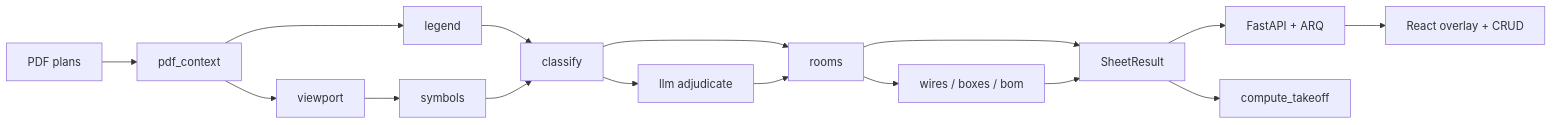
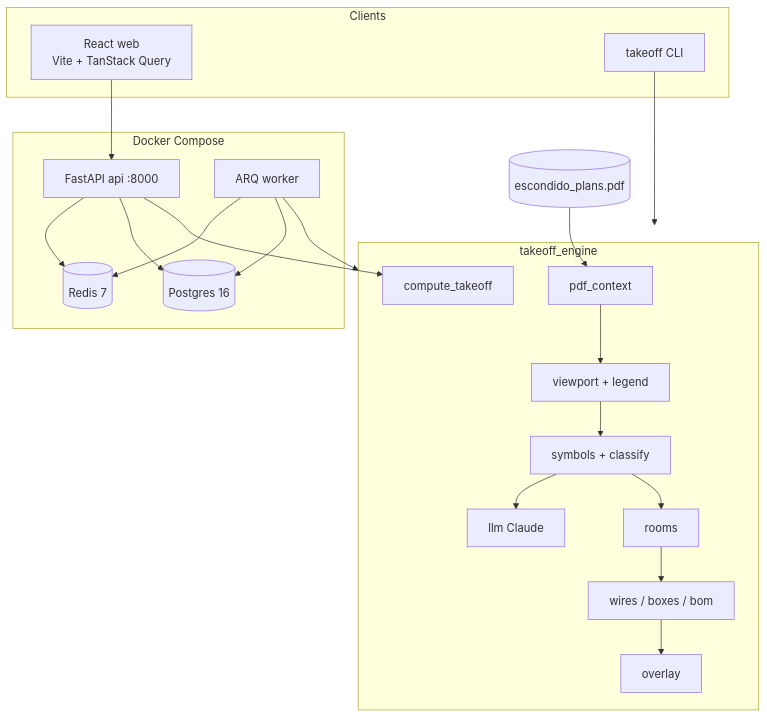
One commit to sangonzzz/ai-electrical-takeoff changed the first of 2 diagrams in docs/architecture.md. Above: the diagram before and after it, drawn with Mermaid. The commit also changed other lines of this file and 18 other files, not shown here.

````diff
--- a/docs/architecture.md
+++ b/docs/architecture.md
@@ -5,18 +8,39 @@
 ```mermaid
-flowchart LR
-  PDF[PDF plans] --> PC[pdf_context]
-  PC --> VP[viewport]
-  PC --> LG[legend]
-  VP --> SY[symbols]
-  LG --> CL[classify]
-  SY --> CL
-  CL --> LLM[llm adjudicate]
-  CL --> RM[rooms]
-  LLM --> RM
-  RM --> BOM[wires / boxes / bom]
-  RM --> SR[SheetResult]
-  BOM --> SR
-  SR --> API[FastAPI + ARQ]
-  API --> WEB[React overlay + CRUD]
-  SR --> TO[compute_takeoff]
+flowchart TB
+  subgraph clients [Clients]
+    WEB[React web<br/>Vite + TanStack Query]
+    CLI[takeoff CLI]
+  end
+
+  subgraph compose [Docker Compose]
+    API[FastAPI api :8000]
+    WRK[ARQ worker]
+    DB[(Postgres 16)]
+    REDIS[(Redis 7)]
+  end
+
+  subgraph engine [takeoff_engine]
+    PC[pdf_context]
+    VP[viewport + legend]
+    SY[symbols + classify]
+    RM[rooms]
+    LLM[llm Claude]
+    BOM[wires / boxes / bom]
+    TO[compute_takeoff]
+    OV[overlay]
+  end
+
+  PDF[(escondido_plans.pdf)]
+  WEB --> API
+  CLI --> engine
+  API --> REDIS
+  WRK --> REDIS
+  API --> DB
+  WRK --> DB
+  WRK --> engine
+  API --> TO
+  PDF --> PC
+  PC --> VP --> SY --> LLM
+  SY --> RM --> BOM
+  BOM --> OV
 ```
````
